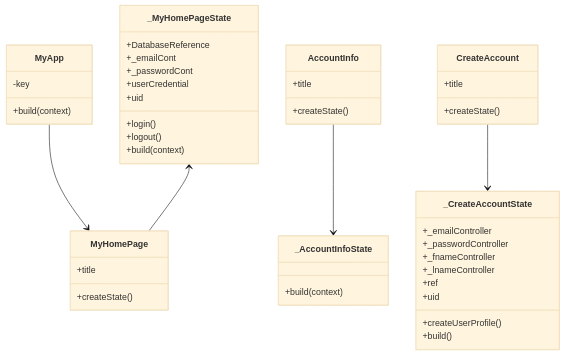
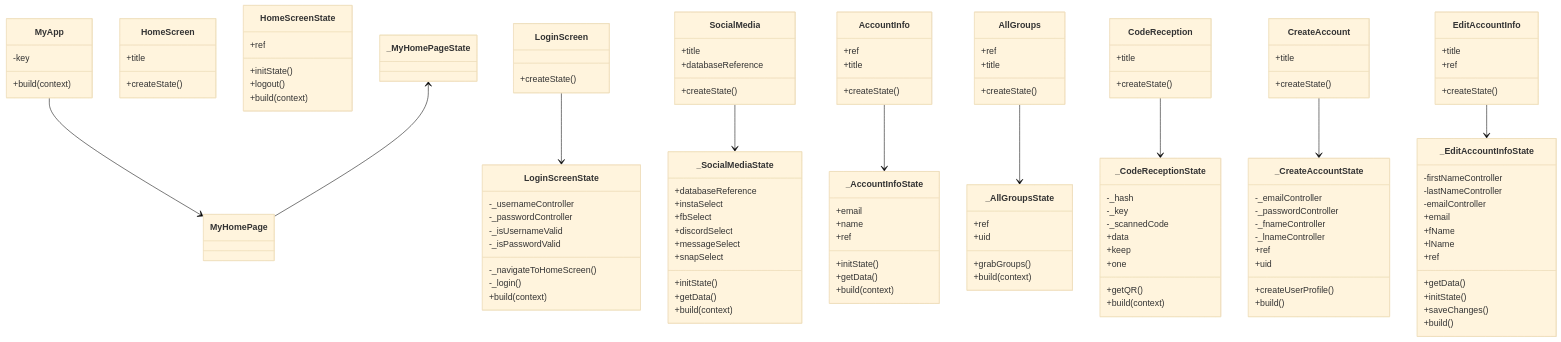
One commit to Capstone-Projects-2023-Spring/project-groupmeet changed the first of 11 diagrams in documentation/docs/system-architecture/design.md. Above: the diagram before and after it, drawn with Mermaid (base theme). The commit also changed other lines of this file, not shown here.

````diff
--- a/documentation/docs/system-architecture/design.md
+++ b/documentation/docs/system-architecture/design.md
@@ -19,32 +19,103 @@
       +build(context)
     }
 
-    class MyHomePage{
+    class HomeScreen{
       +title
       +createState()
     }
 
-    class _MyHomePageState{
-        +DatabaseReference
-        +_emailCont
-        +_passwordCont
-        +userCredential
-        +uid
-        +login()
+    class HomeScreenState{
+        +ref
+        +initState()
         +logout()
         +build(context)
     }
     
+    class LoginScreen{
+      +createState()
+    }
+
+    class LoginScreenState{
+        -_usernameController
+        -_passwordController
+        -_isUsernameValid
+        -_isPasswordValid
+        -_navigateToHomeScreen()
+        -_login()
+        +build(context)
+    }
+    
+    LoginScreen-->LoginScreenState
+    
+    class SocialMedia{
+      +title
+      +databaseReference
+      +createState()
+    }
+
+    class _SocialMediaState{
+        +databaseReference
+        +instaSelect
+        +fbSelect
+        +discordSelect
+        +messageSelect
+        +snapSelect
+        +initState()
+        +getData()
+        +build(context)
+    }
+    
+    SocialMedia-->_SocialMediaState
+    
     class AccountInfo{
+        +ref
         +title
         +createState()
     }
 
     class _AccountInfoState{
+        +email
+        +name
+        +ref
+        +initState()
+        +getData()
         +build(context)
     }
 
-    CreateAccount-->_CreateAccountState
+    AccountInfo-->_AccountInfoState
+
+    class AllGroups{
+        +ref
+        +title
+        +createState()
+    }
+
+    class _AllGroupsState{
+        +ref
+        +uid
+        +grabGroups()
+        +build(context)
+    }
+
+    AllGroups-->_AllGroupsState
+
+    class CodeReception{
+        +title
+        +createState()
+    }
+
+    class _CodeReceptionState{
+        -_hash
+        -_key
+        -_scannedCode
+        +data
+        +keep
+        +one
+        +getQR()
+        +build(context)
+    }
+
+    CodeReception-->_CodeReceptionState
 
     class CreateAccount{
         +title
@@ -52,18 +123,40 @@
     }
 
     class _CreateAccountState{
-        +_emailController
-        +_passwordController
-        +_fnameController
-        +_lnameController
+        -_emailController
+        -_passwordController
+        -_fnameController
+        -_lnameController
         +ref
         +uid
         +createUserProfile()
         +build()
     }
 
+    CreateAccount-->_CreateAccountState
+
+    class EditAccountInfo{
+        +title
+        +ref
+        +createState()
+    }
+
+    class _EditAccountInfoState{
+        -firstNameController
+        -lastNameController
+        -emailController
+        +email
+        +fName
+        +lName
+        +ref
+        +getData()
+        +initState()
+        +saveChanges()
+        +build()
+    }
+
+    EditAccountInfo-->_EditAccountInfoState
+    
     MyApp-->MyHomePage
     _MyHomePageState<--MyHomePage
-
-    AccountInfo-->_AccountInfoState
 ```
````
